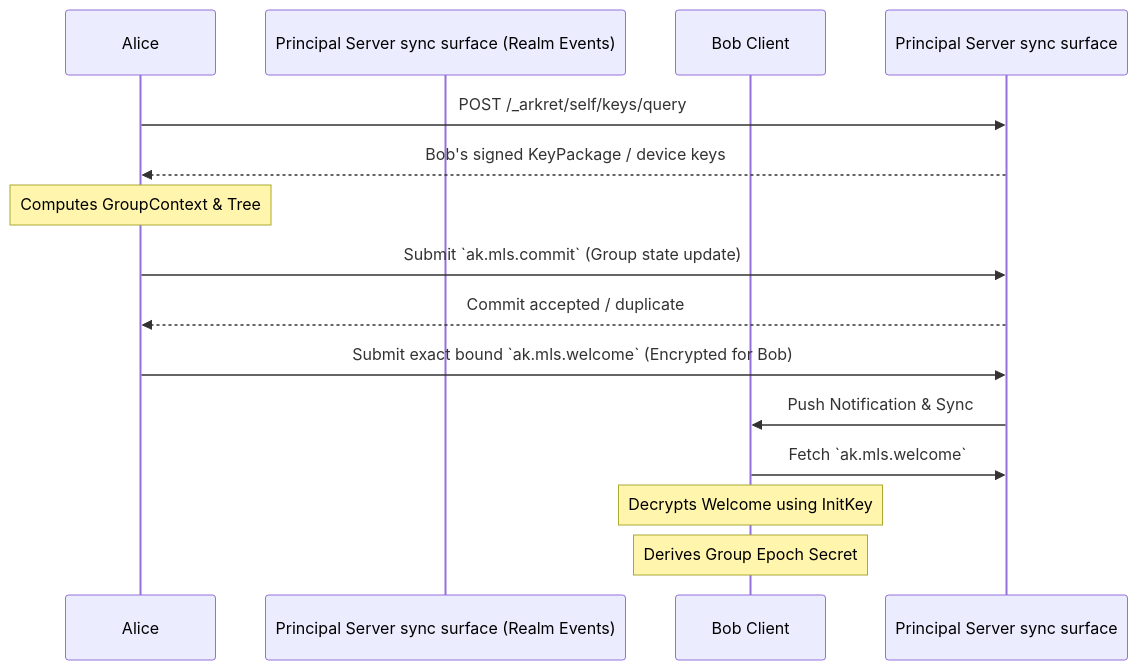
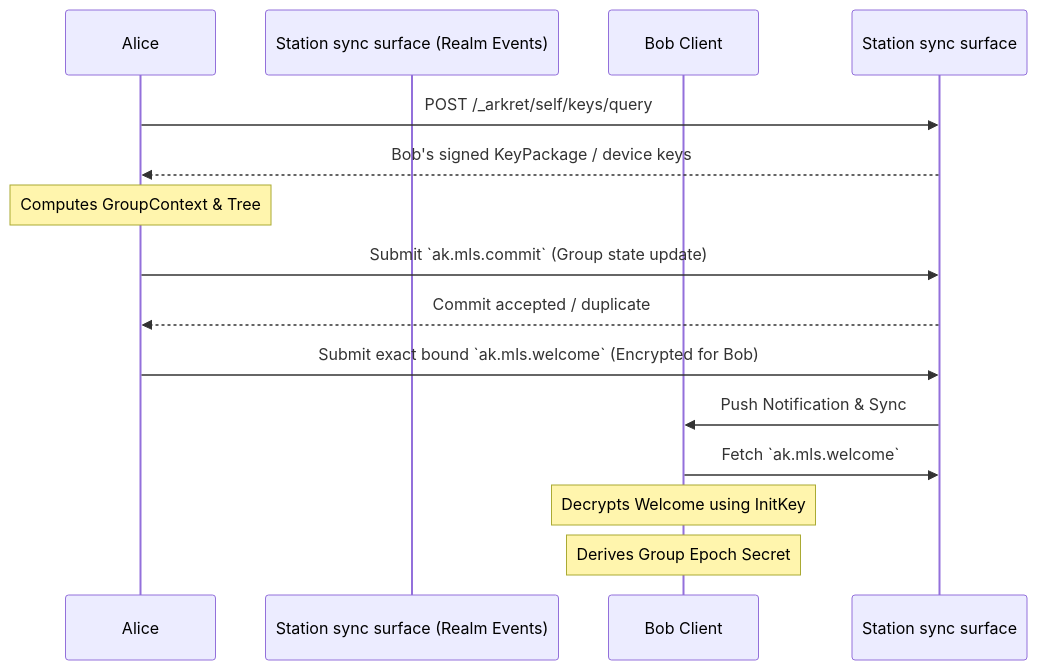
The diagram in spec/v1/zh/crypto-media/encryption-and-audit.md (arkret-org/arkret-spec), drawn with Mermaid before and after one commit. The commit also changed other lines of this file and 201 other files, not shown here.

Commit message:
Migrate Principal Server role to Station

````diff
--- a/spec/v1/zh/crypto-media/encryption-and-audit.md
+++ b/spec/v1/zh/crypto-media/encryption-and-audit.md
@@ -41,21 +41,21 @@
 ```mermaid
 sequenceDiagram
     participant Alice
-    participant Principal Server sync surface (Realm Events)
+    participant Station sync surface (Realm Events)
     participant BobClient as Bob Client
 
-    Alice->>Principal Server sync surface: POST /_arkret/self/keys/query
-    Principal Server sync surface-->>Alice: Bob's signed KeyPackage / device keys
+    Alice->>Station sync surface: POST /_arkret/self/keys/query
+    Station sync surface-->>Alice: Bob's signed KeyPackage / device keys
 
     note over Alice: Computes GroupContext & Tree
 
-    Alice->>Principal Server sync surface: Submit `ak.mls.commit` (Group state update)
-    Principal Server sync surface-->>Alice: Commit accepted / duplicate
-    Alice->>Principal Server sync surface: Submit exact bound `ak.mls.welcome` (Encrypted for Bob)
+    Alice->>Station sync surface: Submit `ak.mls.commit` (Group state update)
+    Station sync surface-->>Alice: Commit accepted / duplicate
+    Alice->>Station sync surface: Submit exact bound `ak.mls.welcome` (Encrypted for Bob)
 
-    Principal Server sync surface->>BobClient: Push Notification & Sync
+    Station sync surface->>BobClient: Push Notification & Sync
 
-    BobClient->>Principal Server sync surface: Fetch `ak.mls.welcome`
+    BobClient->>Station sync surface: Fetch `ak.mls.welcome`
     note over BobClient: Decrypts Welcome using InitKey
     note over BobClient: Derives Group Epoch Secret
 ```
````
